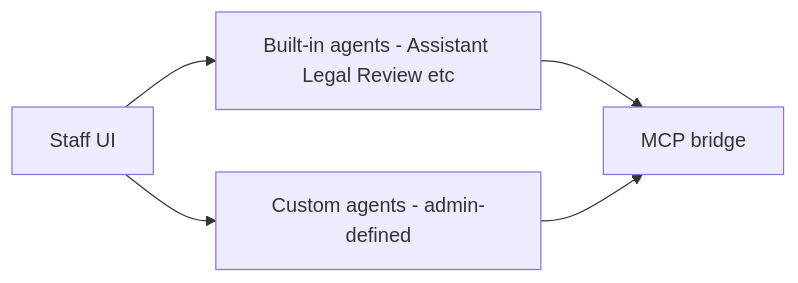
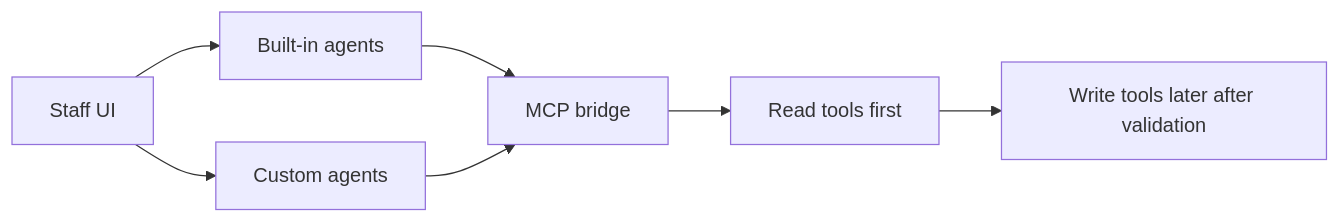
One commit to Kaung-HtetKyaw/readme-testing changed diagram 11 of 11 in diagrams.md. Above: the diagram before and after it, drawn with Mermaid. The commit also changed other lines of this file, not shown here.

Commit message:
revise diagrams

````diff
--- a/diagrams.md
+++ b/diagrams.md
@@ -245,12 +255,9 @@
 ```mermaid
 flowchart LR
-  UI2[Staff UI]
-  BI[Built-in agents - Assistant Legal Review etc]
-  CA[Custom agents - admin-defined]
-  BR2[MCP bridge]
-
-  UI2 --> BI
-  UI2 --> CA
-  BI --> BR2
-  CA --> BR2
+  UI2[Staff UI] --> BI[Built-in agents]
+  UI2 --> CA[Custom agents]
+  BI --> BR[MCP bridge]
+  CA --> BR
+  BR --> READ[Read tools first]
+  READ --> WRITE[Write tools later after validation]
 ```
````
